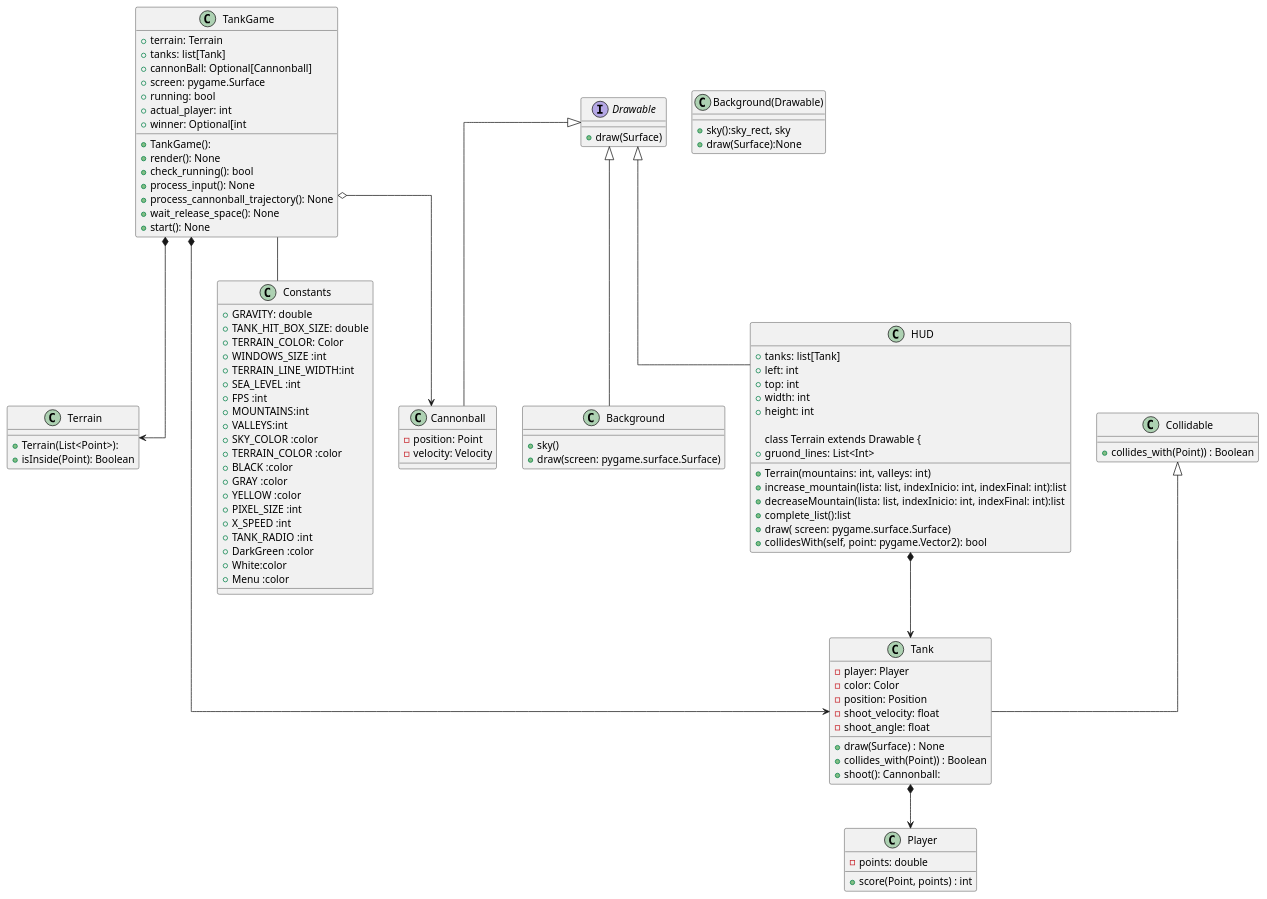
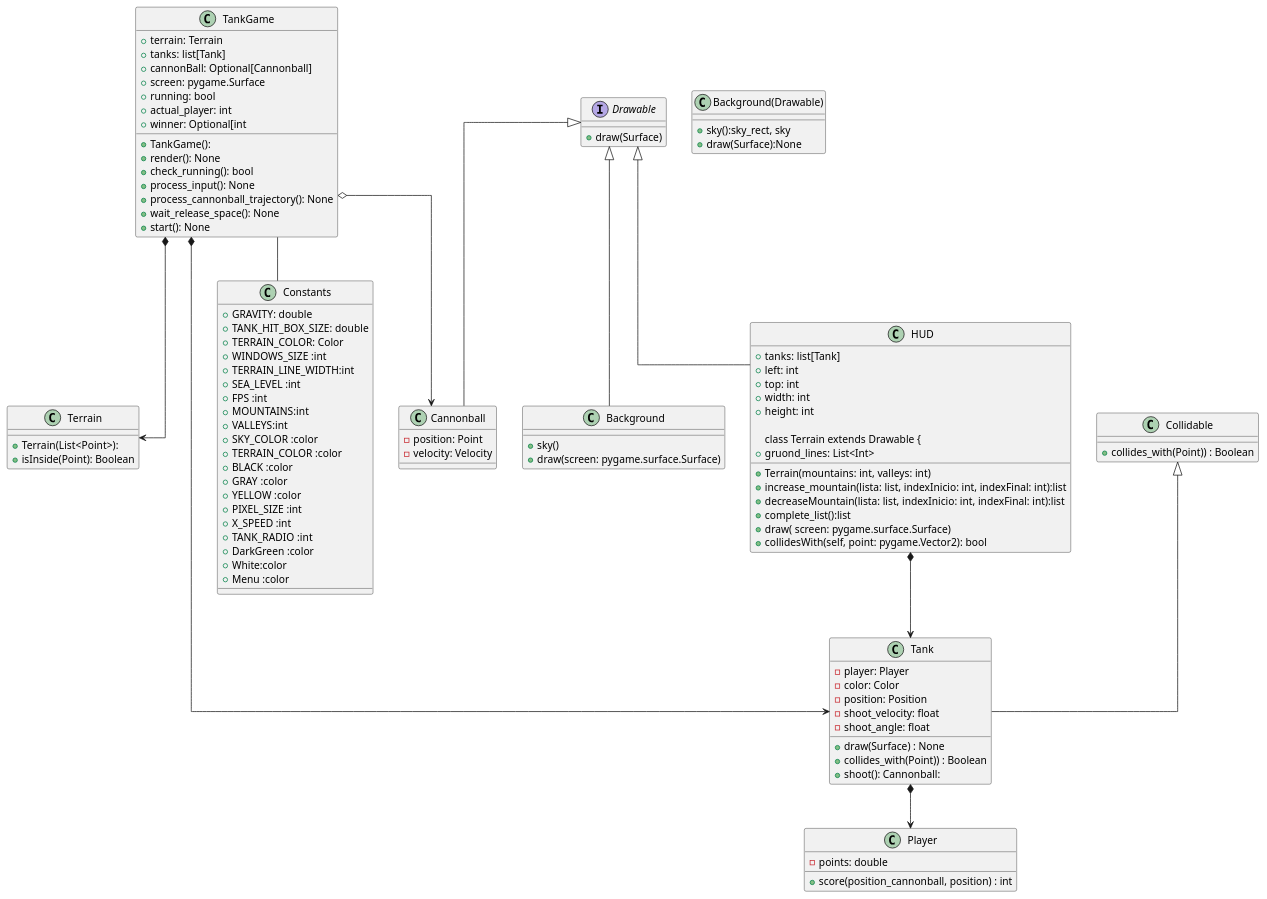
Before and after one commit to fraco-oxza/tankGame: the diagram in uml/entire.plantuml, drawn with PlantUML. The commit also changed 1 other file, not shown here.

```diff
--- a/uml/entire.plantuml
+++ b/uml/entire.plantuml
@@ -1,115 +1,115 @@
 @startuml
 
 top to bottom direction
 skinparam linetype ortho
 
 ' Fco
 class TankGame {
     + terrain: Terrain
     + tanks: list[Tank]
     + cannonBall: Optional[Cannonball]
     + screen: pygame.Surface
     + running: bool
     + actual_player: int
     + winner: Optional[int
 
     + TankGame():
     + render(): None
     + check_running(): bool
     + process_input(): None
     + process_cannonball_trajectory(): None
     + wait_release_space(): None
     + start(): None
 
 }
 
 class Cannonball extends Drawable {
     - position: Point
     - velocity: Velocity
 }
 
 interface Drawable {
     + draw(Surface)
 }
 class Background extends Drawable{
     +sky()
     +draw(screen: pygame.surface.Surface)
 }
 class HUD extends Drawable{
     + tanks: list[Tank]
     + left: int
     + top: int
     + width: int
     + height: int
 
 class Terrain extends Drawable {
     +gruond_lines: List<Int>
 
     + Terrain(mountains: int, valleys: int)
     +increase_mountain(lista: list, indexInicio: int, indexFinal: int):list
     +decreaseMountain(lista: list, indexInicio: int, indexFinal: int):list
     +complete_list():list
     +draw( screen: pygame.surface.Surface)
     +collidesWith(self, point: pygame.Vector2): bool
 }
 class Collidable {
  +collides_with(Point)) : Boolean
 }
 class Terrain {
     + Terrain(List<Point>):
     + isInside(Point): Boolean
 }
 class Background(Drawable){
 
     + sky():sky_rect, sky
     + draw(Surface):None
 }
 class Tank extends Collidable  {
     - player: Player
     - color: Color
     - position: Position
     -shoot_velocity: float
     -shoot_angle: float
 
     +draw(Surface) : None
     +collides_with(Point)) : Boolean
     +shoot(): Cannonball:
 }
 
 class Player {
     - points: double
-    +score(Point, points) : int
+    +score(position_cannonball, position) : int
 }
 
 class Constants {
     + GRAVITY: double
     + TANK_HIT_BOX_SIZE: double
     + TERRAIN_COLOR: Color
     + WINDOWS_SIZE :int
     + TERRAIN_LINE_WIDTH:int
     + SEA_LEVEL :int
     + FPS :int
     +MOUNTAINS:int
     +VALLEYS:int
     +SKY_COLOR :color
     +TERRAIN_COLOR :color
     +BLACK :color
     +GRAY :color
     +YELLOW :color
     +PIXEL_SIZE :int
     +X_SPEED :int
     +TANK_RADIO :int
     +DarkGreen :color
     +White:color
     +Menu :color
 }
 
 TankGame -- Constants
 
 TankGame *--> Tank
 TankGame o--> Cannonball
 TankGame *--> Terrain
 Tank *--> Player
 HUD *--> Tank
 
 @enduml
```
